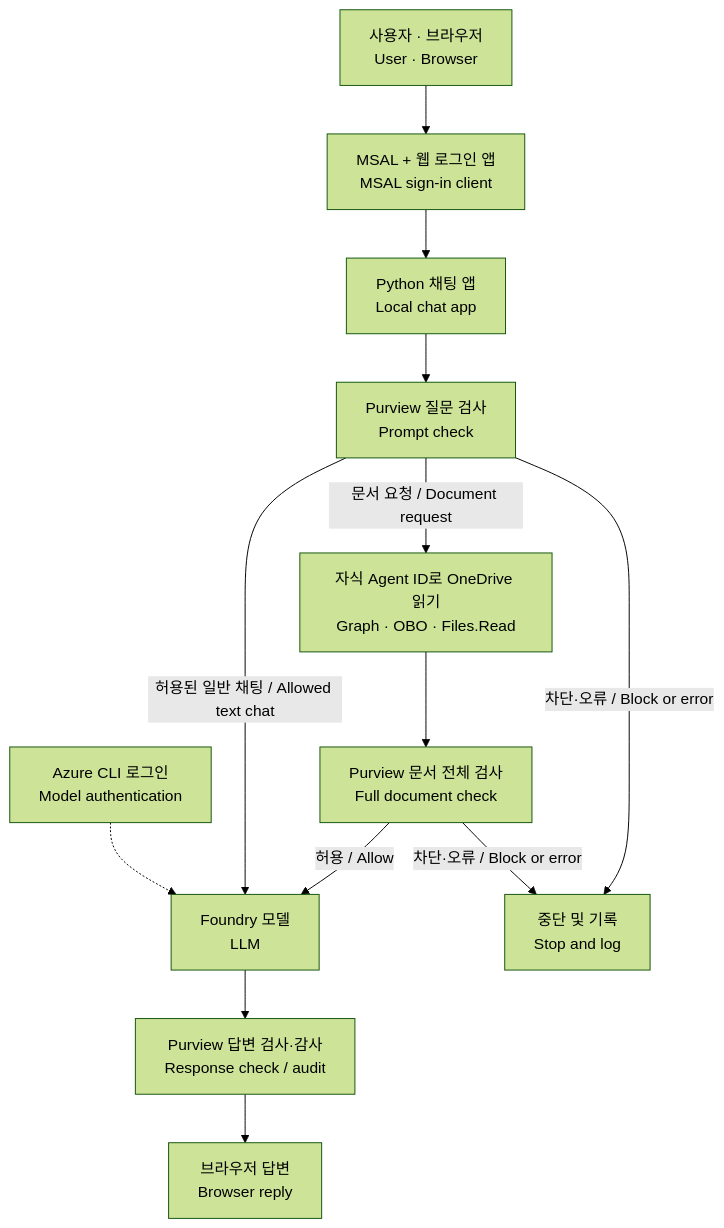
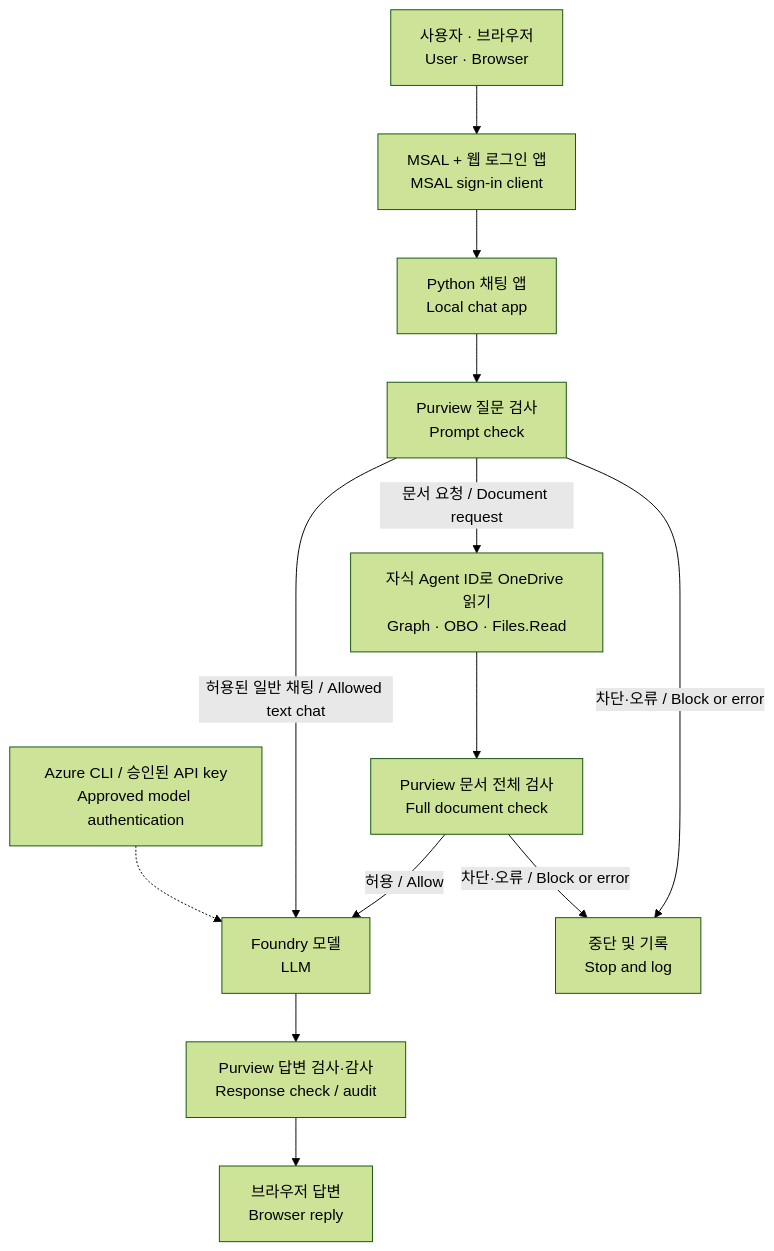
The first of 2 diagrams in README.md (patrick-shim/a365-custom-agent-purview), drawn with Mermaid (forest theme) before and after one commit. The commit also changed other lines of this file and 5 other files, not shown here.

````diff
--- a/README.md
+++ b/README.md
@@ -363,15 +391,15 @@
 ```mermaid
 flowchart TD
     U["사용자 · 브라우저<br/>User · Browser"] --> W["MSAL + 웹 로그인 앱<br/>MSAL sign-in client"]
     W --> A["Python 채팅 앱<br/>Local chat app"]
     A --> P["Purview 질문 검사<br/>Prompt check"]
     P -->|"문서 요청 / Document request"| G["자식 Agent ID로 OneDrive 읽기<br/>Graph · OBO · Files.Read"]
     G --> F["Purview 문서 전체 검사<br/>Full document check"]
     F -->|"허용 / Allow"| M["Foundry 모델<br/>LLM"]
     P -->|"허용된 일반 채팅 / Allowed text chat"| M
-    C["Azure CLI 로그인<br/>Model authentication"] -.-> M
+    C["Azure CLI / 승인된 API key<br/>Approved model authentication"] -.-> M
     M --> R["Purview 답변 검사·감사<br/>Response check / audit"]
     R --> B["브라우저 답변<br/>Browser reply"]
     P -->|"차단·오류 / Block or error"| S["중단 및 기록<br/>Stop and log"]
     F -->|"차단·오류 / Block or error"| S
 ```
````
